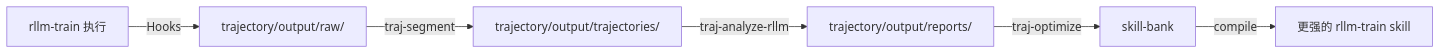
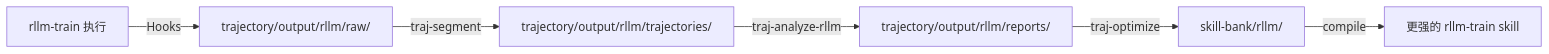
The third of 3 diagrams in README.md (zhangqin200182/rllm-trl), drawn with Mermaid before and after one commit. The commit also changed other lines of this file and 23 other files, not shown here.

First line of the commit message:
Implement three-layer architecture with layer isolation

````diff
--- a/README.md
+++ b/README.md
@@ -107,8 +121,8 @@
 ```mermaid
 flowchart LR
-    RL[rllm-train 执行] -->|Hooks| RAW[trajectory/output/raw/]
-    RAW -->|traj-segment| TR[trajectory/output/trajectories/]
-    TR -->|traj-analyze-rllm| REP[trajectory/output/reports/]
-    REP -->|traj-optimize| SB[skill-bank]
+    RL[rllm-train 执行] -->|Hooks| RAW[trajectory/output/rllm/raw/]
+    RAW -->|traj-segment| TR[trajectory/output/rllm/trajectories/]
+    TR -->|traj-analyze-rllm| REP[trajectory/output/rllm/reports/]
+    REP -->|traj-optimize| SB[skill-bank/rllm/]
     SB -->|compile| SK[更强的 rllm-train skill]
 ```
````
